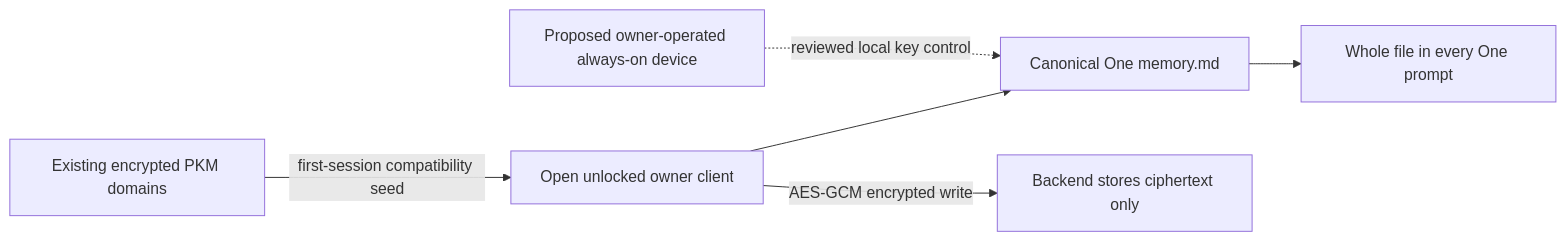
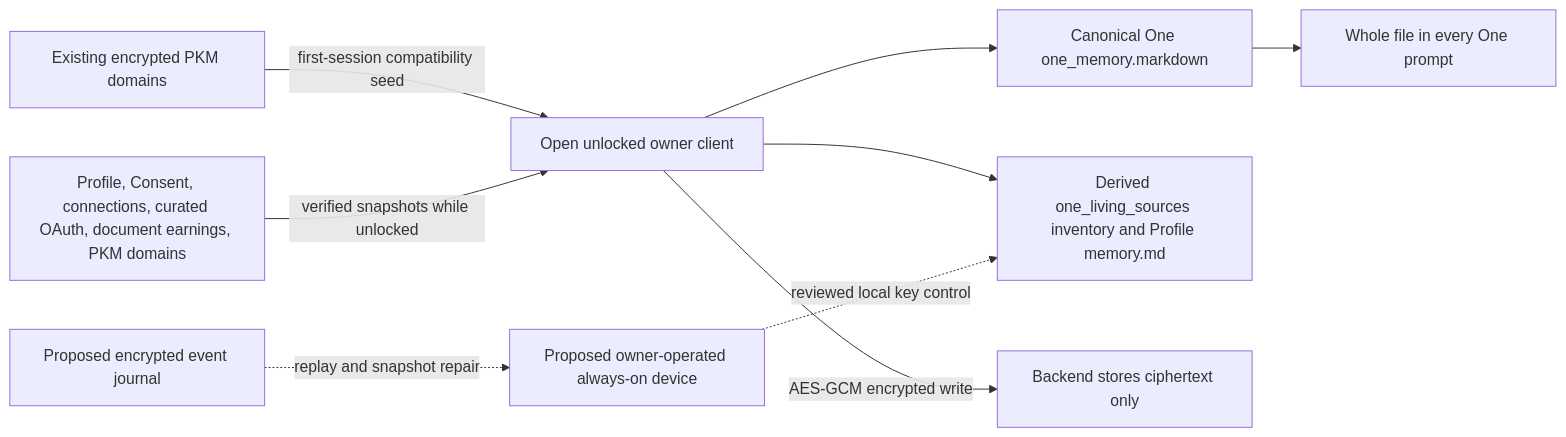
The diagram in docs/reference/architecture/living-memory-freshness-adr.md (hushh-labs/hushh-research), drawn with Mermaid before and after one commit. The commit also changed other lines of this file and 33 other files, not shown here.

Commit message:
feat(memory): admit bounded live sources and disclose partial answers

````diff
--- a/docs/reference/architecture/living-memory-freshness-adr.md
+++ b/docs/reference/architecture/living-memory-freshness-adr.md
@@ -8,8 +8,11 @@
 ```mermaid
 flowchart LR
   Legacy[Existing encrypted PKM domains] -->|first-session compatibility seed| Client[Open unlocked owner client]
-  Client --> Memory[Canonical One memory.md]
-  Memory --> Prompt[Whole file in every One prompt]
+  Client --> ChatMemory[Canonical One one_memory.markdown]
+  ChatMemory --> Prompt[Whole file in every One prompt]
+  Sources[Profile, Consent, connections, curated OAuth, document earnings, PKM domains] -->|verified snapshots while unlocked| Client
+  Client --> Living[Derived one_living_sources inventory and Profile memory.md]
   Client -->|AES-GCM encrypted write| Backend[Backend stores ciphertext only]
-  Device[Proposed owner-operated always-on device] -. reviewed local key control .-> Memory
+  Journal[Proposed encrypted event journal] -. replay and snapshot repair .-> Device[Proposed owner-operated always-on device]
+  Device -. reviewed local key control .-> Living
 ```
````
